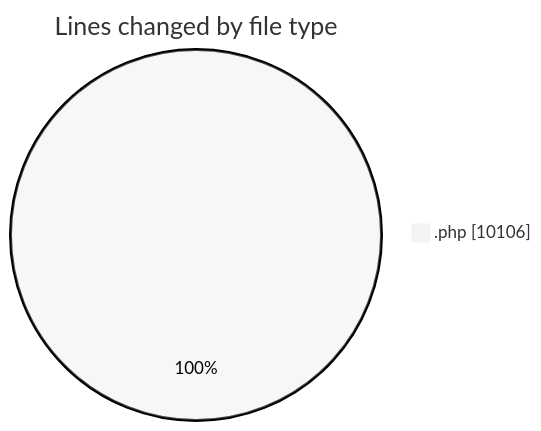
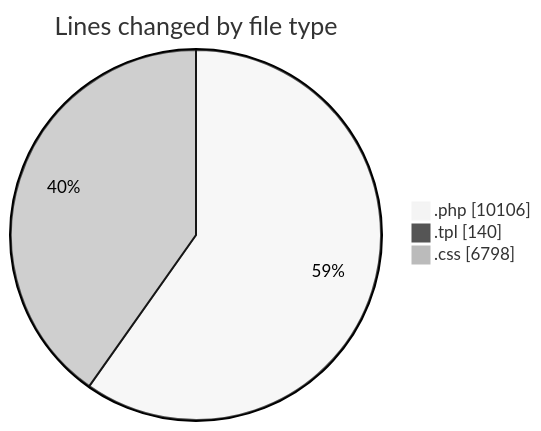
The first of 2 diagrams in 2025-10-04/shop/README.md (vahidmafi/code-tracking), drawn with Mermaid (neutral theme) before and after one commit. The commit also changed other lines of this file and 1 other file, not shown here.

````diff
--- a/2025-10-04/shop/README.md
+++ b/2025-10-04/shop/README.md
@@ -37,5 +39,7 @@
 ```mermaid
 pie showData
 title Lines changed by file type
 ".php" : 10106
+".tpl" : 140
+".css" : 6798
 ```
````
